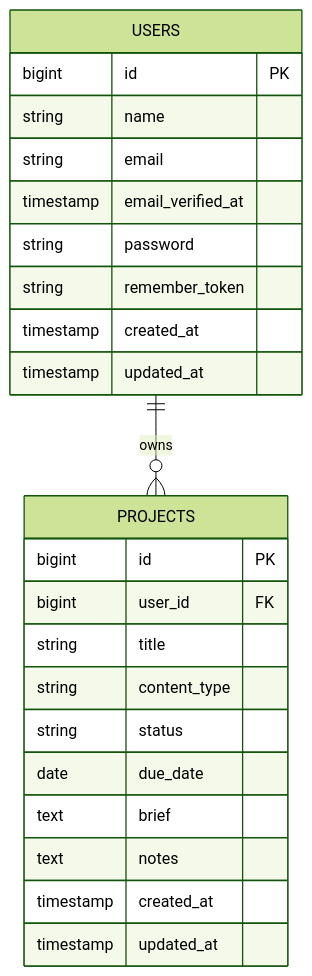
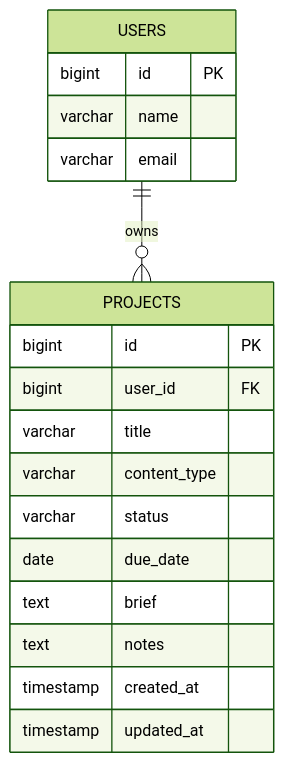
Before and after one commit to Jakaria425/content-production-tracker: the diagram in docs/PROJECTS-SPEC.md, drawn with Mermaid (forest theme). The commit also changed other lines of this file, not shown here.

Commit message:
fixed mermaid diagram

````diff
--- a/docs/PROJECTS-SPEC.md
+++ b/docs/PROJECTS-SPEC.md
@@ -49,28 +49,25 @@
 ```mermaid
 erDiagram
     USERS ||--o{ PROJECTS : owns
 
     USERS {
         bigint id PK
-        string name
-        string email
-        timestamp email_verified_at
-        string password
-        string remember_token
-        timestamp created_at
-        timestamp updated_at
+        varchar name
+        varchar email
+        
     }
 
     PROJECTS {
         bigint id PK
         bigint user_id FK
-        string title
-        string content_type
-        string status
+        varchar title
+        varchar content_type
+        varchar status
         date due_date
         text brief
         text notes
         timestamp created_at
         timestamp updated_at
     }
+    
 ```
````
